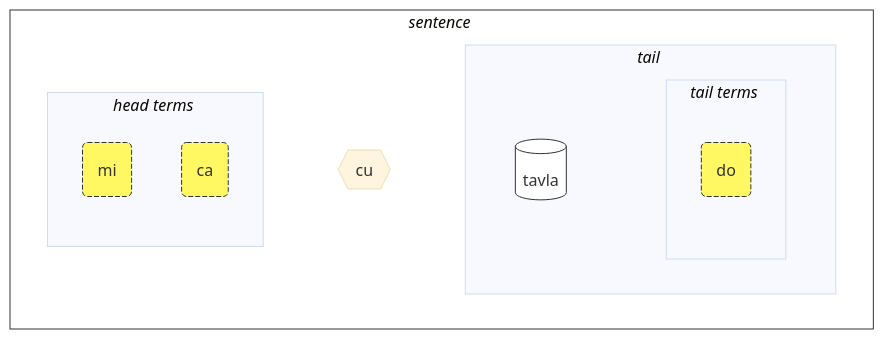
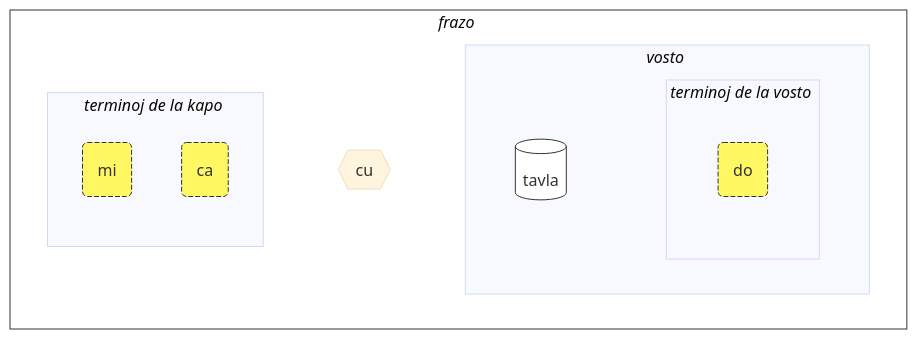
One commit to La-Lojban/lojban.pw changed the first of 2 diagrams in data/pages/eo/books/learn-lojban/!1.md. Above: the diagram before and after it, drawn with Mermaid (base theme). The commit also changed other lines of this file and 3 other files, not shown here.

````diff
--- a/data/pages/eo/books/learn-lojban/!1.md
+++ b/data/pages/eo/books/learn-lojban/!1.md
@@ -171,40 +157,40 @@
 ```mermaid
 flowchart LR
     %% common structure:
-    subgraph sentence["<i>sentence</i>#nbsp;"]
+    subgraph sentence["<i>frazo</i>#nbsp;"]
         direction LR
         head-terms
         cu{{"cu"}}
         tail
     end
     head-terms ~~~ cu ~~~ tail
-    subgraph tail["<i>tail</i>#nbsp;"]
+    subgraph tail["<i>vosto</i>#nbsp;"]
         direction LR
         selbri ~~~ tail-terms
     end
     %%  semi-automated
-    subgraph head-terms["<i>head terms</i>#nbsp;"]
+    subgraph head-terms["<i>terminoj de la kapo</i>#nbsp;"]
         t1
         t2
     end
-    subgraph tail-terms["<i>tail terms</i>#nbsp;"]
+    subgraph tail-terms["<i>terminoj de la vosto</i>#nbsp;"]
         tt3
         %% tt4
     end
     %%todo: automatically link all terms to selbri
 
     t1(mi)
     t2(ca)
     selbri[(tavla)]
     tt3(do)
     %% tt4["la .lojban."]
 
     classDef x fill:#FFF863,stroke:#333,stroke-width:1px,stroke-dasharray: 5 2;
     class t1 x;
     class t2 x;
     class tt3 x;
     classDef blabi fill:#fff,stroke:#333;
     class selbri blabi;
     class sentence blabi;
 
 ```
````
